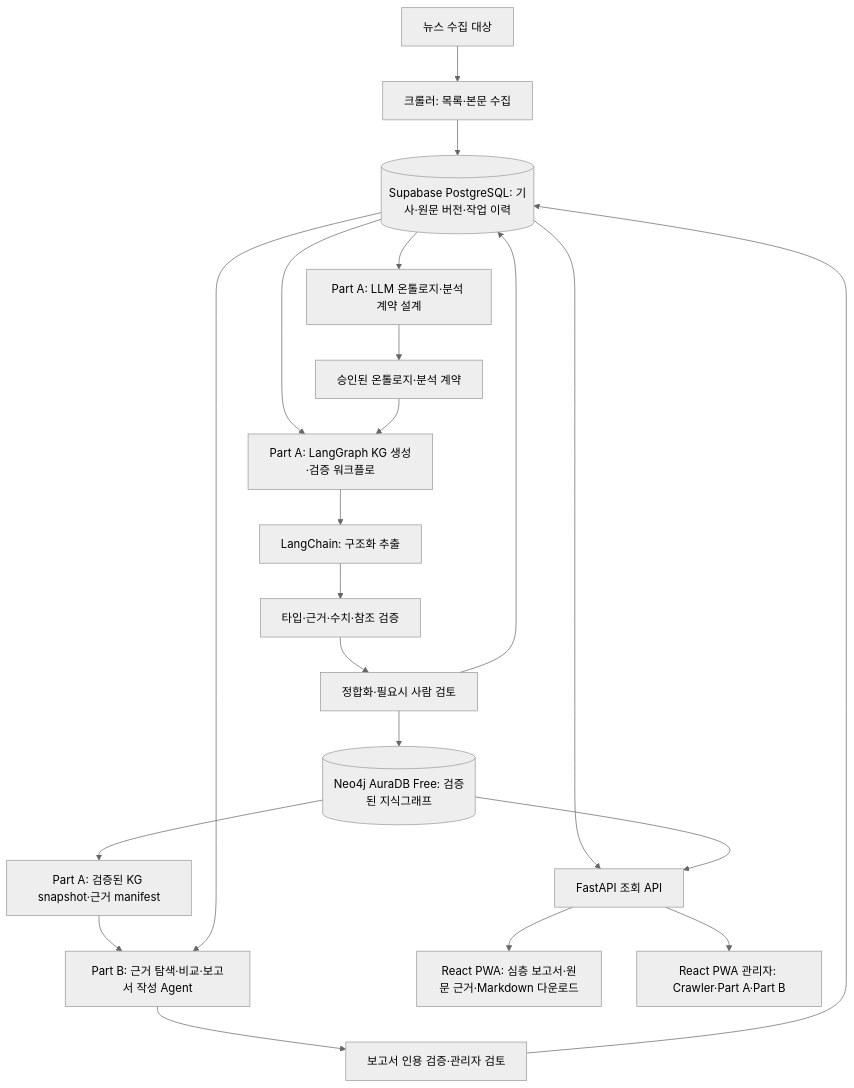
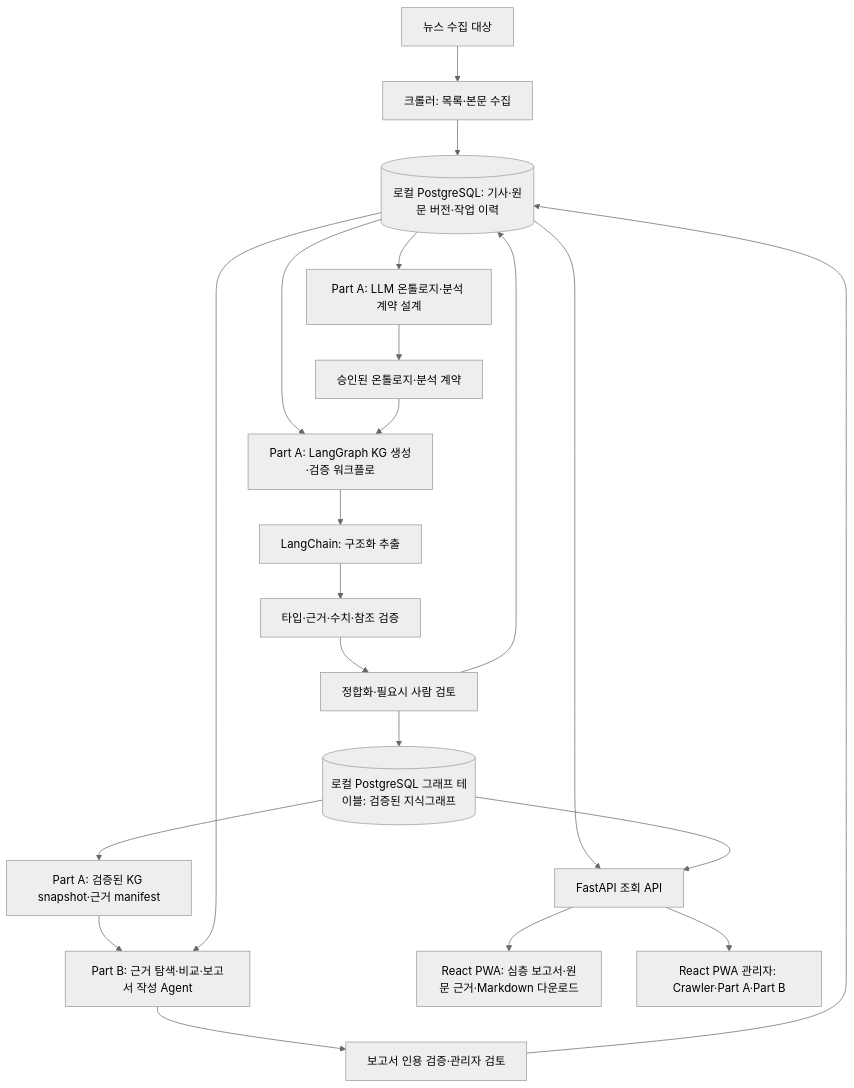
The diagram in README.md (mykim711231/NewsContext), drawn with Mermaid (neutral theme) before and after one commit. The commit also changed other lines of this file and 11 other files, not shown here.

First line of the commit message:
docs: store KG in local PostgreSQL graph tables, drop Neo4j

````diff
--- a/README.md
+++ b/README.md
@@ -53,23 +55,23 @@
 ```mermaid
 flowchart TD
     S[뉴스 수집 대상] --> C[크롤러: 목록·본문 수집]
-    C --> R[(Supabase PostgreSQL: 기사·원문 버전·작업 이력)]
+    C --> R[(로컬 PostgreSQL: 기사·원문 버전·작업 이력)]
     R --> PA[Part A: LLM 온톨로지·분석 계약 설계]
     PA --> O[승인된 온톨로지·분석 계약]
     R --> W[Part A: LangGraph KG 생성·검증 워크플로]
     O --> W
     W --> L[LangChain: 구조화 추출]
     L --> V[타입·근거·수치·참조 검증]
     V --> H[정합화·필요시 사람 검토]
-    H --> N[(Neo4j AuraDB Free: 검증된 지식그래프)]
+    H --> N[(로컬 PostgreSQL 그래프 테이블: 검증된 지식그래프)]
     H --> R
     N --> KS[Part A: 검증된 KG snapshot·근거 manifest]
     KS --> RP[Part B: 근거 탐색·비교·보고서 작성 Agent]
     R --> RP
     RP --> RV[보고서 인용 검증·관리자 검토]
     RV --> R
     R --> A[FastAPI 조회 API]
     N --> A
     A --> U[React PWA: 심층 보고서·원문 근거·Markdown 다운로드]
     A --> M[React PWA 관리자: Crawler·Part A·Part B]
 ```
````
